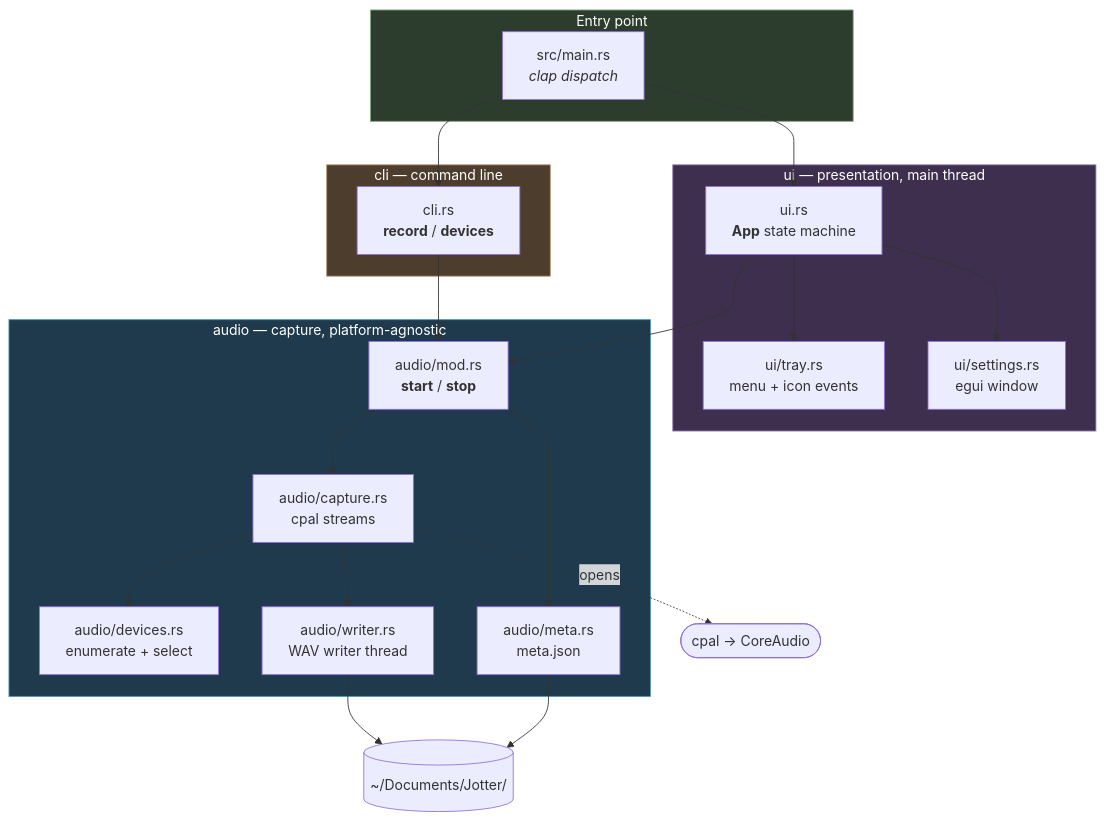
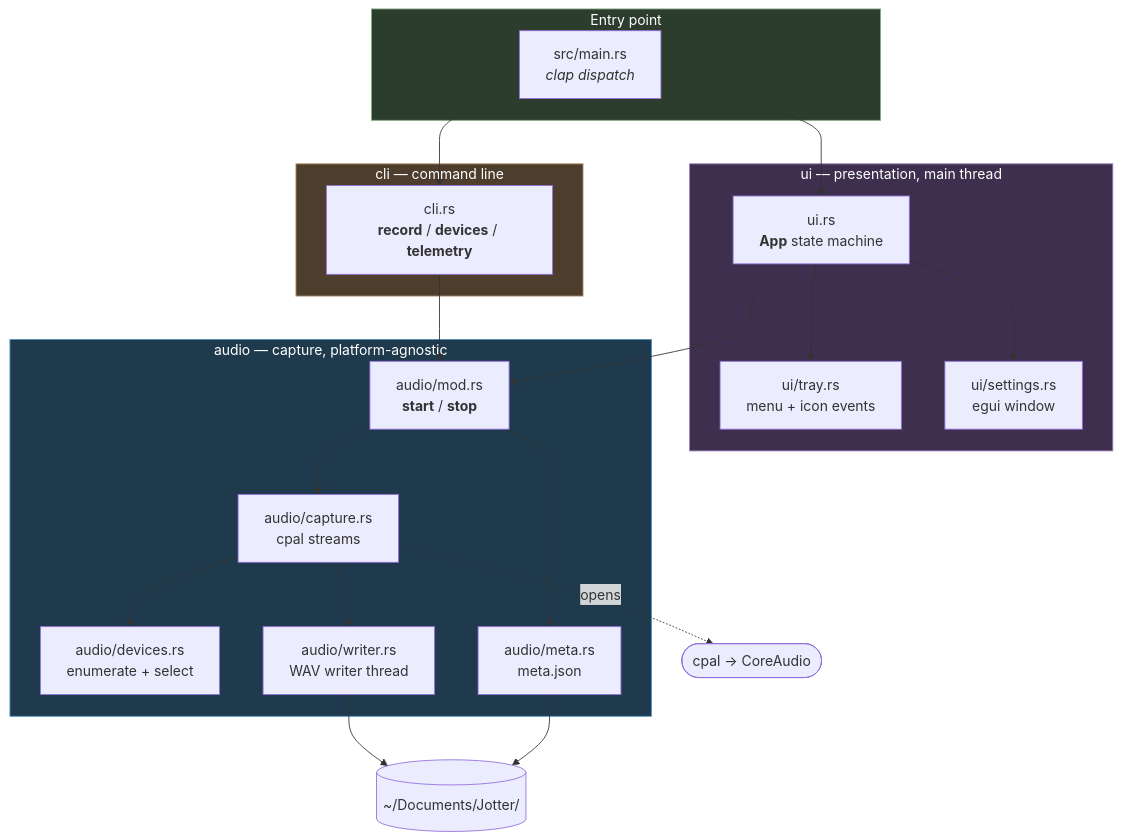
Before and after one commit to nfishel48/Jotter: the first of 7 diagrams in docs/ARCHITECTURE.md, drawn with Mermaid. The commit also changed other lines of this file and 18 other files, not shown here.

````diff
--- a/docs/ARCHITECTURE.md
+++ b/docs/ARCHITECTURE.md
@@ -17,47 +18,47 @@
 ```mermaid
 graph TB
     subgraph entry["Entry point"]
         MAIN["src/main.rs<br/><i>clap dispatch</i>"]
     end
 
     subgraph cli["cli — command line"]
-        CLIMOD["cli.rs<br/><b>record</b> / <b>devices</b>"]
+        CLIMOD["cli.rs<br/><b>record</b> / <b>devices</b> / <b>telemetry</b>"]
     end
 
     subgraph ui["ui — presentation, main thread"]
         UIMOD["ui.rs<br/><b>App</b> state machine"]
         TRAY["ui/tray.rs<br/>menu + icon events"]
         SET["ui/settings.rs<br/>egui window"]
     end
 
     subgraph audio["audio — capture, platform-agnostic"]
         AMOD["audio/mod.rs<br/><b>start</b> / <b>stop</b>"]
         DEV["audio/devices.rs<br/>enumerate + select"]
         CAP["audio/capture.rs<br/>cpal streams"]
         WRI["audio/writer.rs<br/>WAV writer thread"]
         MET["audio/meta.rs<br/>meta.json"]
     end
 
     CPAL(["cpal → CoreAudio"])
     DISK[("~/Documents/Jotter/")]
 
     MAIN --> UIMOD
     MAIN --> CLIMOD
     UIMOD --> TRAY
     UIMOD --> SET
     UIMOD --> AMOD
     CLIMOD --> AMOD
 
     AMOD --> CAP
     AMOD --> MET
     CAP --> DEV
     CAP --> WRI
     CAP -.opens.-> CPAL
     WRI --> DISK
     MET --> DISK
 
     style audio fill:#1f3a4d,stroke:#4a90b8,color:#fff
     style ui fill:#3d2f4d,stroke:#9b7fb8,color:#fff
     style cli fill:#4d3d2d,stroke:#b8956f,color:#fff
     style entry fill:#2d3d2d,stroke:#7fa87f,color:#fff
 ```
````
